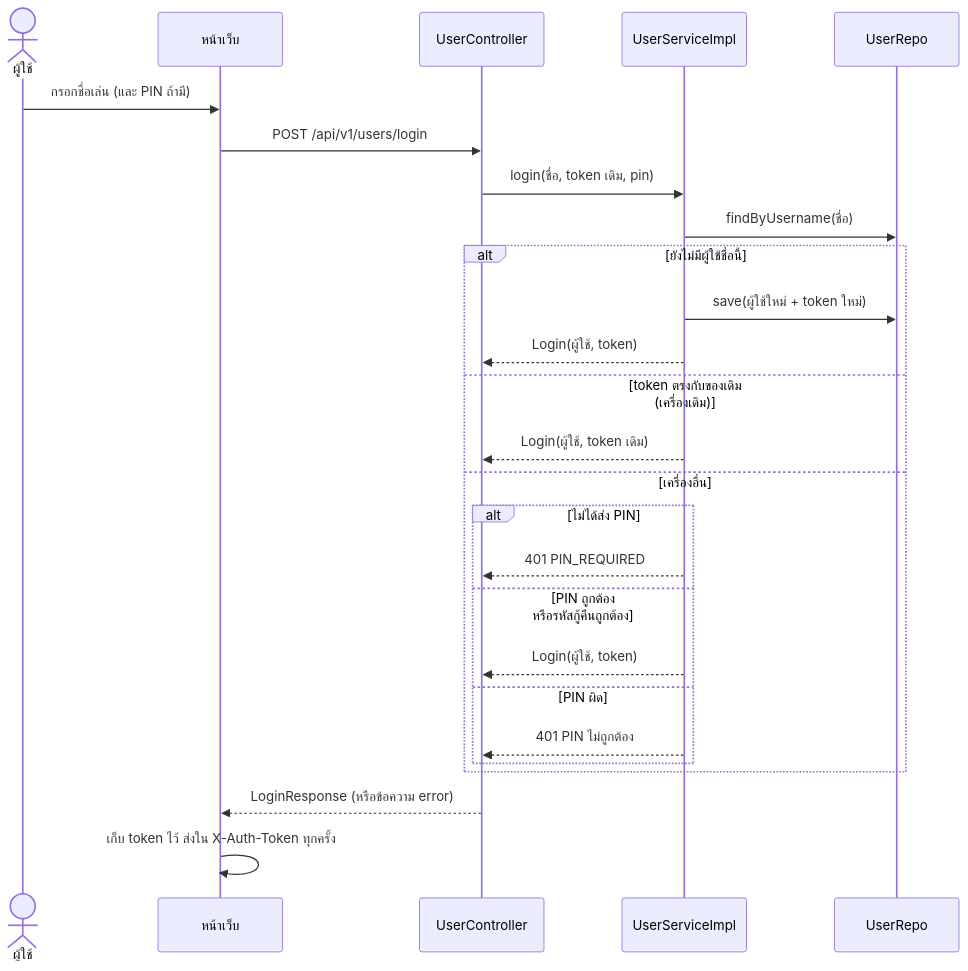
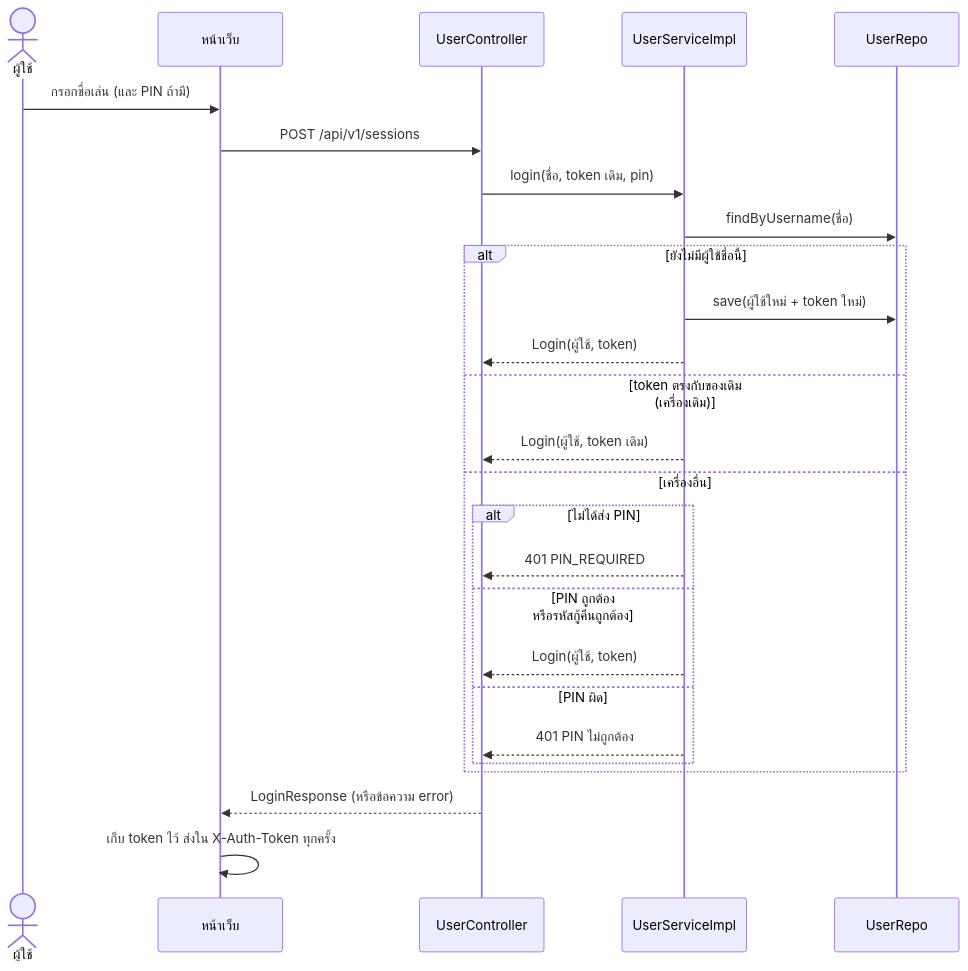
The first of 5 diagrams in doc/diagrams/04-sequence-diagrams.md (txark/Trip_Spitter), drawn with Mermaid before and after one commit. The commit also changed other lines of this file and 31 other files, not shown here.

````diff
--- a/doc/diagrams/04-sequence-diagrams.md
+++ b/doc/diagrams/04-sequence-diagrams.md
@@ -7,28 +7,28 @@
 ```mermaid
 sequenceDiagram
     actor U as ผู้ใช้
     participant UI as หน้าเว็บ
     participant C as UserController
     participant S as UserServiceImpl
     participant R as UserRepo
     U->>UI: กรอกชื่อเล่น (และ PIN ถ้ามี)
-    UI->>C: POST /api/v1/users/login
+    UI->>C: POST /api/v1/sessions
     C->>S: login(ชื่อ, token เดิม, pin)
     S->>R: findByUsername(ชื่อ)
     alt ยังไม่มีผู้ใช้ชื่อนี้
         S->>R: save(ผู้ใช้ใหม่ + token ใหม่)
         S-->>C: Login(ผู้ใช้, token)
     else token ตรงกับของเดิม (เครื่องเดิม)
         S-->>C: Login(ผู้ใช้, token เดิม)
     else เครื่องอื่น
         alt ไม่ได้ส่ง PIN
             S-->>C: 401 PIN_REQUIRED
         else PIN ถูกต้อง หรือรหัสกู้คืนถูกต้อง
             S-->>C: Login(ผู้ใช้, token)
         else PIN ผิด
             S-->>C: 401 PIN ไม่ถูกต้อง
         end
     end
     C-->>UI: LoginResponse (หรือข้อความ error)
     UI->>UI: เก็บ token ไว้ ส่งใน X-Auth-Token ทุกครั้ง
 ```
````
